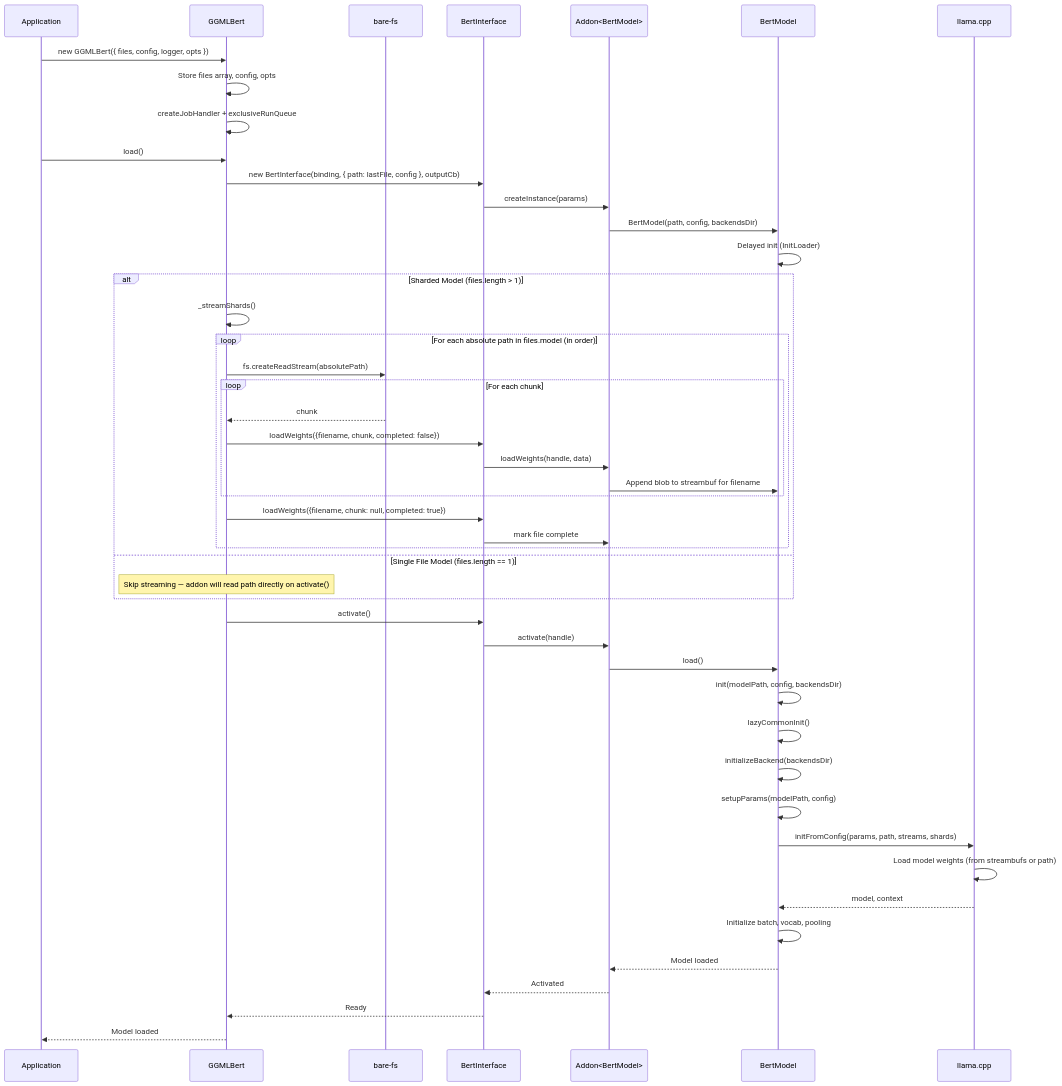
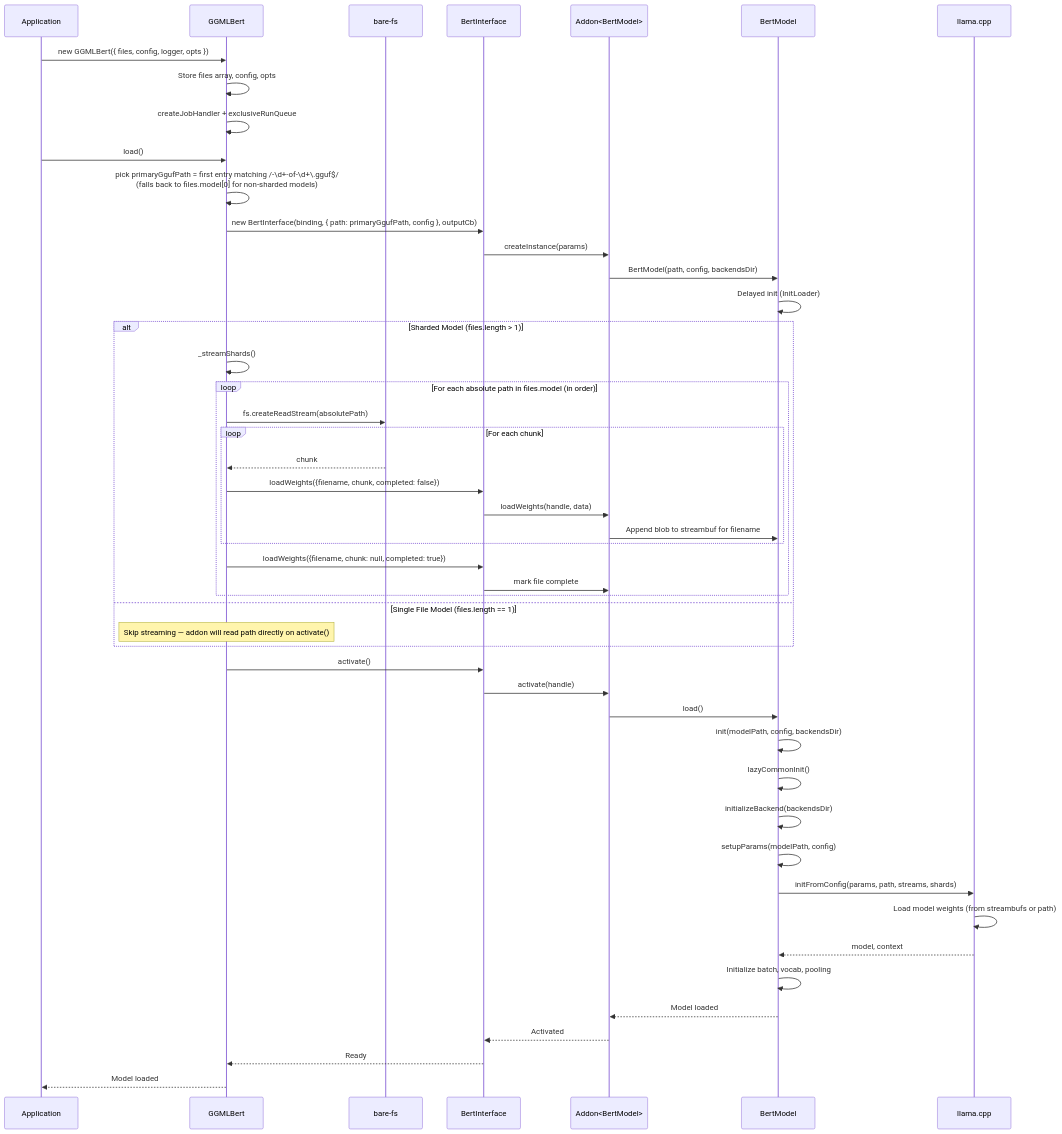
Before and after one commit to donriddo/qvac: the first of 9 diagrams in packages/qvac-lib-infer-llamacpp-embed/docs/data-flows-detailed.md, drawn with Mermaid. The commit also changed other lines of this file and 2 other files, not shown here.

````diff
--- a/packages/qvac-lib-infer-llamacpp-embed/docs/data-flows-detailed.md
+++ b/packages/qvac-lib-infer-llamacpp-embed/docs/data-flows-detailed.md
@@ -22,53 +22,54 @@
 ```mermaid
 sequenceDiagram
     participant App as Application
     participant GGMLBert as GGMLBert
     participant FS as bare-fs
     participant BI as BertInterface
     participant Addon as Addon<BertModel>
     participant BM as BertModel
     participant LLAMA as llama.cpp
 
     App->>GGMLBert: new GGMLBert({ files, config, logger, opts })
     GGMLBert->>GGMLBert: Store files array, config, opts
     GGMLBert->>GGMLBert: createJobHandler + exclusiveRunQueue
 
     App->>GGMLBert: load()
-    GGMLBert->>BI: new BertInterface(binding, { path: lastFile, config }, outputCb)
+    GGMLBert->>GGMLBert: pick primaryGgufPath = first entry matching /-\d+-of-\d+\.gguf$/<br/>(falls back to files.model[0] for non-sharded models)
+    GGMLBert->>BI: new BertInterface(binding, { path: primaryGgufPath, config }, outputCb)
     BI->>Addon: createInstance(params)
     Addon->>BM: BertModel(path, config, backendsDir)
     BM->>BM: Delayed init (InitLoader)
 
     alt Sharded Model (files.length > 1)
         GGMLBert->>GGMLBert: _streamShards()
         loop For each absolute path in files.model (in order)
             GGMLBert->>FS: fs.createReadStream(absolutePath)
             loop For each chunk
                 FS-->>GGMLBert: chunk
                 GGMLBert->>BI: loadWeights({filename, chunk, completed: false})
                 BI->>Addon: loadWeights(handle, data)
                 Addon->>BM: Append blob to streambuf for filename
             end
             GGMLBert->>BI: loadWeights({filename, chunk: null, completed: true})
             BI->>Addon: mark file complete
         end
     else Single File Model (files.length == 1)
         Note over GGMLBert: Skip streaming — addon will read path directly on activate()
     end
 
     GGMLBert->>BI: activate()
     BI->>Addon: activate(handle)
     Addon->>BM: load()
     BM->>BM: init(modelPath, config, backendsDir)
     BM->>BM: lazyCommonInit()
     BM->>BM: initializeBackend(backendsDir)
     BM->>BM: setupParams(modelPath, config)
     BM->>LLAMA: initFromConfig(params, path, streams, shards)
     LLAMA->>LLAMA: Load model weights (from streambufs or path)
     LLAMA-->>BM: model, context
     BM->>BM: Initialize batch, vocab, pooling
     BM-->>Addon: Model loaded
     Addon-->>BI: Activated
     BI-->>GGMLBert: Ready
     GGMLBert-->>App: Model loaded
 ```
````
